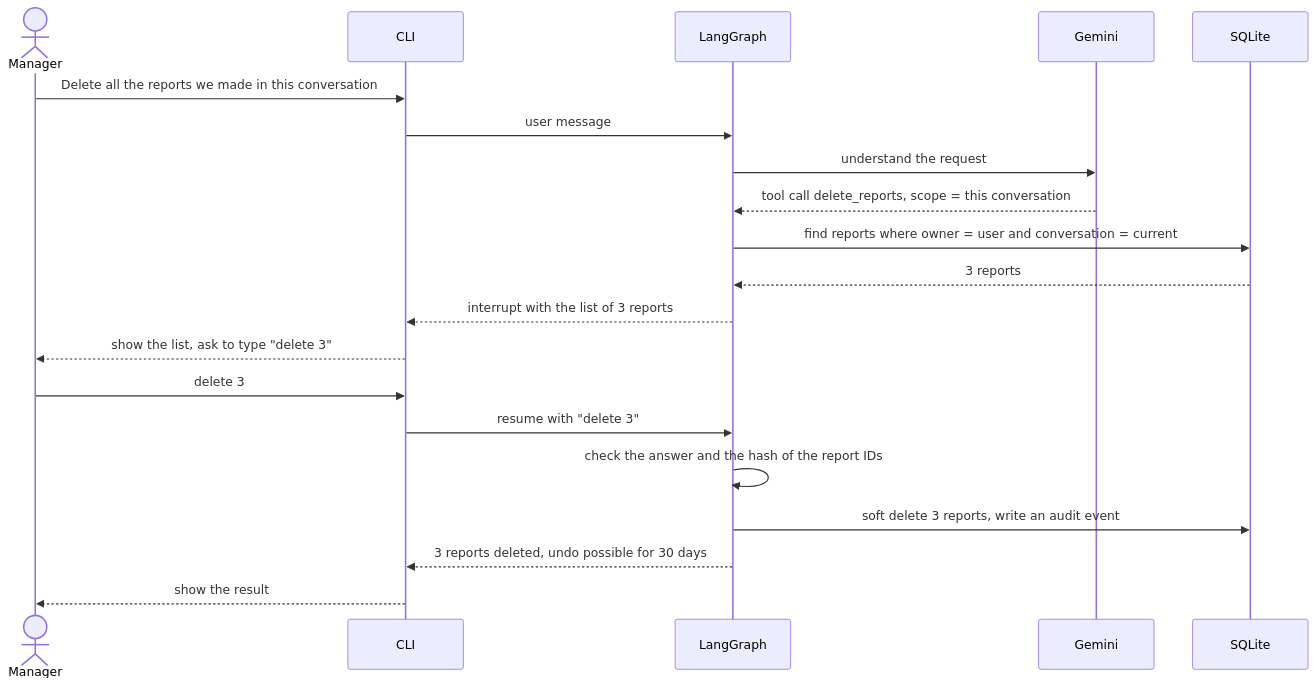
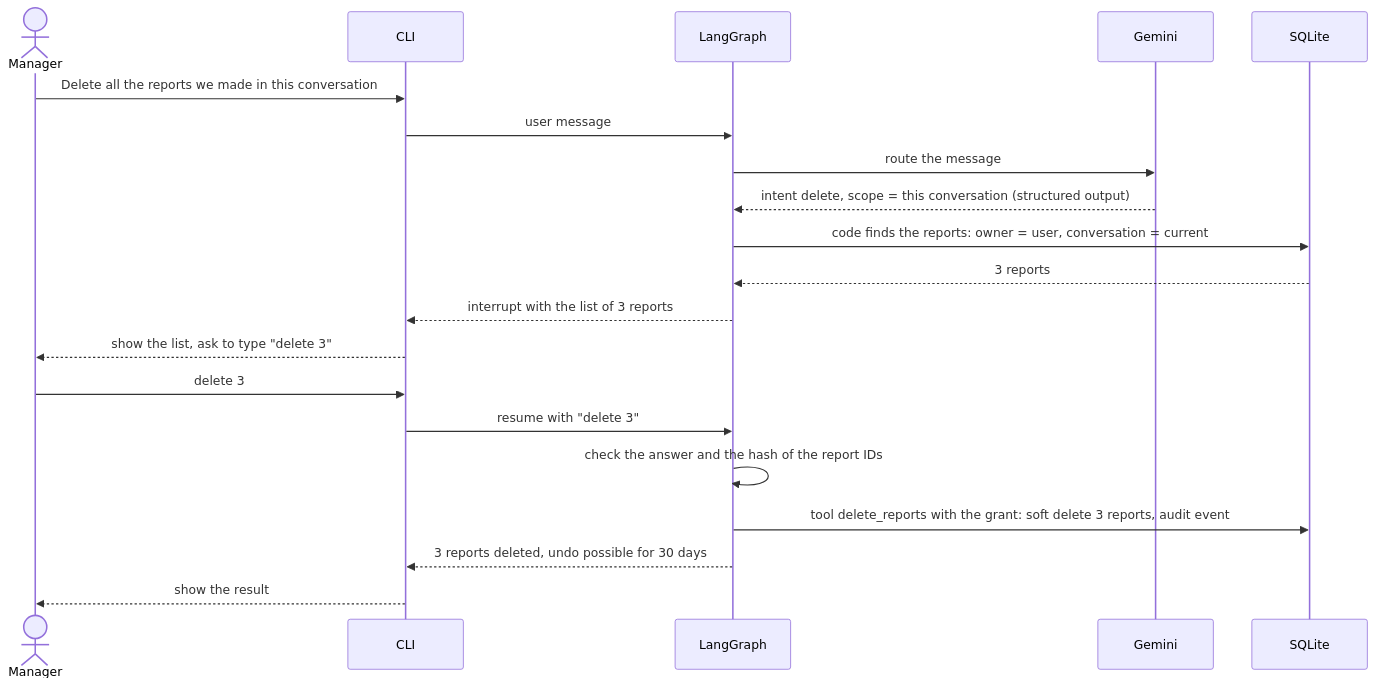
One commit to ynsa/retail-analytics-assistant changed the third of 4 diagrams in docs/product/architecture.md. Above: the diagram before and after it, drawn with Mermaid. The commit also changed 1 other file, not shown here.

Commit message:
Fill the HLD prices and measured figures, fix contradictions

````diff
--- a/docs/product/architecture.md
+++ b/docs/product/architecture.md
@@ -109,23 +109,23 @@
 ```mermaid
 sequenceDiagram
     actor U as Manager
     participant C as CLI
     participant G as LangGraph
     participant L as Gemini
     participant S as SQLite
 
     U->>C: Delete all the reports we made in this conversation
     C->>G: user message
-    G->>L: understand the request
-    L-->>G: tool call delete_reports, scope = this conversation
-    G->>S: find reports where owner = user and conversation = current
+    G->>L: route the message
+    L-->>G: intent delete, scope = this conversation (structured output)
+    G->>S: code finds the reports: owner = user, conversation = current
     S-->>G: 3 reports
     G-->>C: interrupt with the list of 3 reports
     C-->>U: show the list, ask to type "delete 3"
     U->>C: delete 3
     C->>G: resume with "delete 3"
     G->>G: check the answer and the hash of the report IDs
-    G->>S: soft delete 3 reports, write an audit event
+    G->>S: tool delete_reports with the grant: soft delete 3 reports, audit event
     G-->>C: 3 reports deleted, undo possible for 30 days
     C-->>U: show the result
 ```
````
